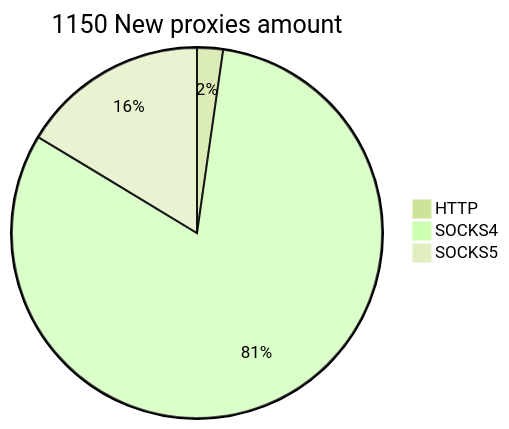
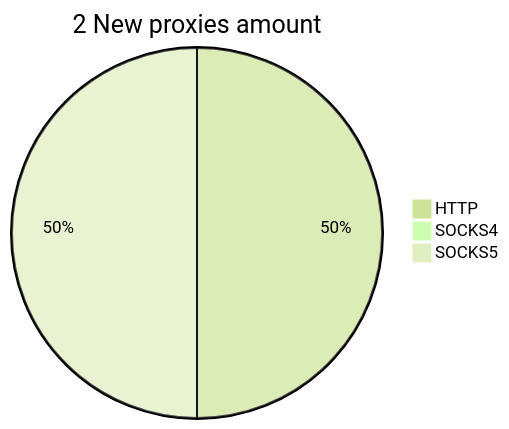
Before and after one commit to cutipu/proxylist: the second of 2 diagrams in README.md, drawn with Mermaid (forest theme). The commit also changed other lines of this file, not shown here.

````diff
--- a/README.md
+++ b/README.md
@@ -10,6 +10,6 @@
 ```mermaid
-pie title 1150 New proxies amount
-    "HTTP" : 26
-    "SOCKS4" : 936
-    "SOCKS5" : 188
+pie title 2 New proxies amount
+    "HTTP" : 1
+    "SOCKS4" : 0
+    "SOCKS5" : 1
 ```
````
